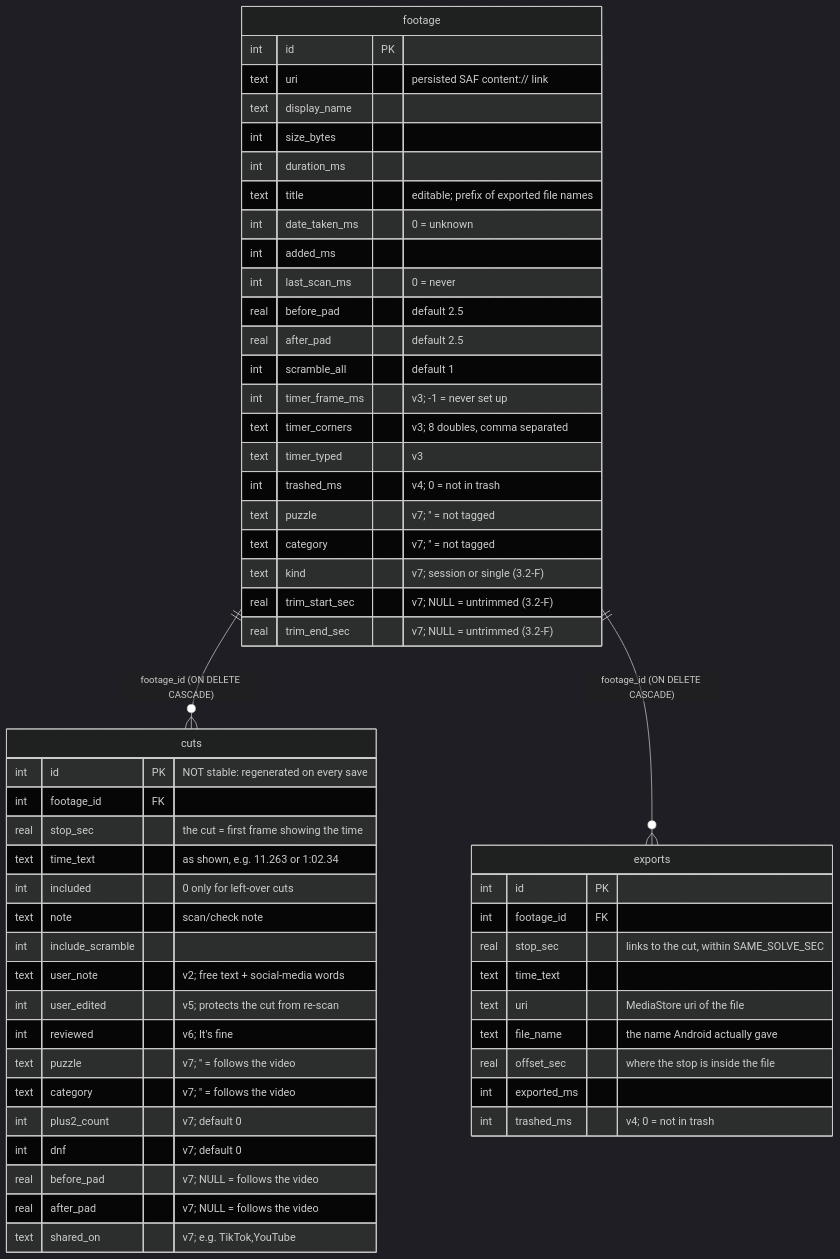
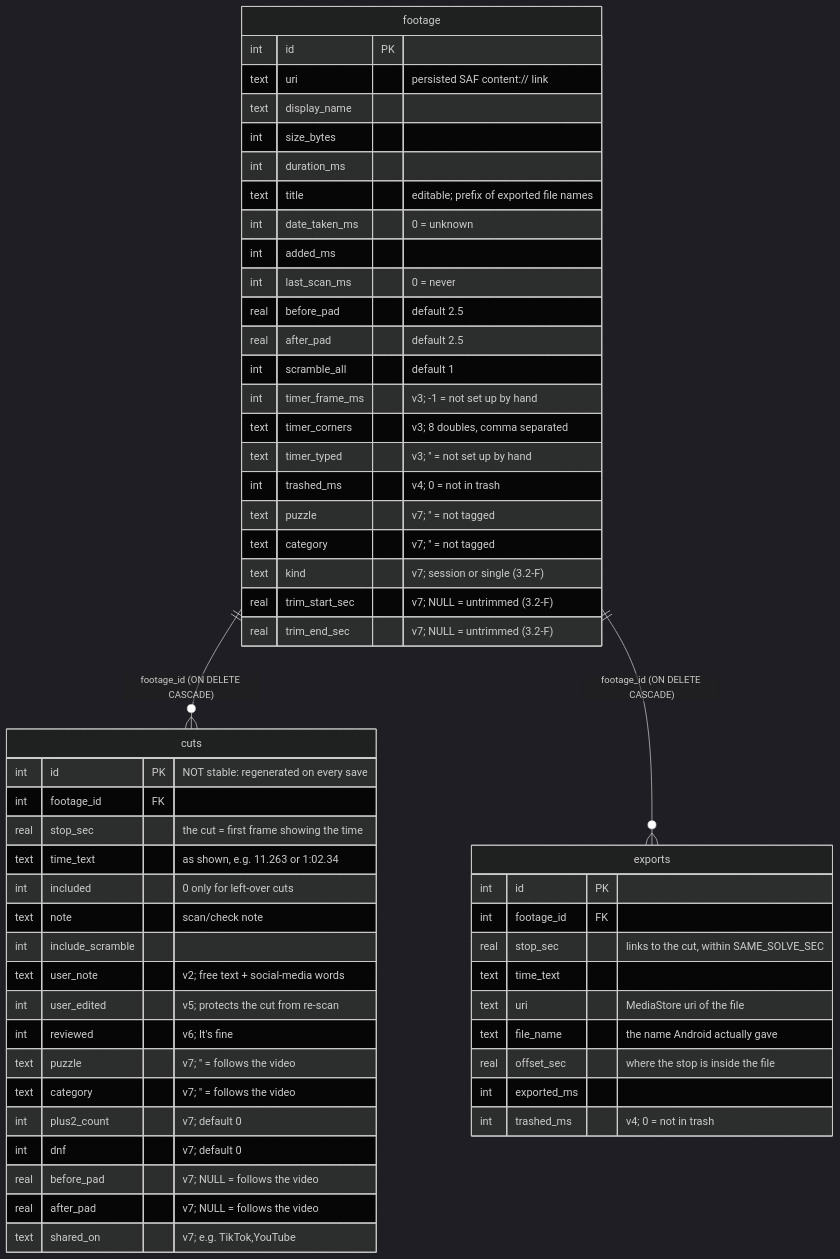
One commit to justinihil/CubeCut changed the diagram in docs/data-model.md. Above: the diagram before and after it, drawn with Mermaid (dark theme). The commit also changed other lines of this file and 19 other files, not shown here.

````diff
--- a/docs/data-model.md
+++ b/docs/data-model.md
@@ -19,58 +19,58 @@
 ```mermaid
 erDiagram
   footage ||--o{ cuts : "footage_id (ON DELETE CASCADE)"
   footage ||--o{ exports : "footage_id (ON DELETE CASCADE)"
   footage {
     int id PK
     text uri "persisted SAF content:// link"
     text display_name
     int size_bytes
     int duration_ms
     text title "editable; prefix of exported file names"
     int date_taken_ms "0 = unknown"
     int added_ms
     int last_scan_ms "0 = never"
     real before_pad "default 2.5"
     real after_pad "default 2.5"
     int scramble_all "default 1"
-    int timer_frame_ms "v3; -1 = never set up"
+    int timer_frame_ms "v3; -1 = not set up by hand"
     text timer_corners "v3; 8 doubles, comma separated"
-    text timer_typed "v3"
+    text timer_typed "v3; '' = not set up by hand"
     int trashed_ms "v4; 0 = not in trash"
     text puzzle "v7; '' = not tagged"
     text category "v7; '' = not tagged"
     text kind "v7; session or single (3.2-F)"
     real trim_start_sec "v7; NULL = untrimmed (3.2-F)"
     real trim_end_sec "v7; NULL = untrimmed (3.2-F)"
   }
   cuts {
     int id PK "NOT stable: regenerated on every save"
     int footage_id FK
     real stop_sec "the cut = first frame showing the time"
     text time_text "as shown, e.g. 11.263 or 1:02.34"
     int included "0 only for left-over cuts"
     text note "scan/check note"
     int include_scramble
     text user_note "v2; free text + social-media words"
     int user_edited "v5; protects the cut from re-scan"
     int reviewed "v6; It's fine"
     text puzzle "v7; '' = follows the video"
     text category "v7; '' = follows the video"
     int plus2_count "v7; default 0"
     int dnf "v7; default 0"
     real before_pad "v7; NULL = follows the video"
     real after_pad "v7; NULL = follows the video"
     text shared_on "v7; e.g. TikTok,YouTube"
   }
   exports {
     int id PK
     int footage_id FK
     real stop_sec "links to the cut, within SAME_SOLVE_SEC"
     text time_text
     text uri "MediaStore uri of the file"
     text file_name "the name Android actually gave"
     real offset_sec "where the stop is inside the file"
     int exported_ms
     int trashed_ms "v4; 0 = not in trash"
   }
 ```
````
